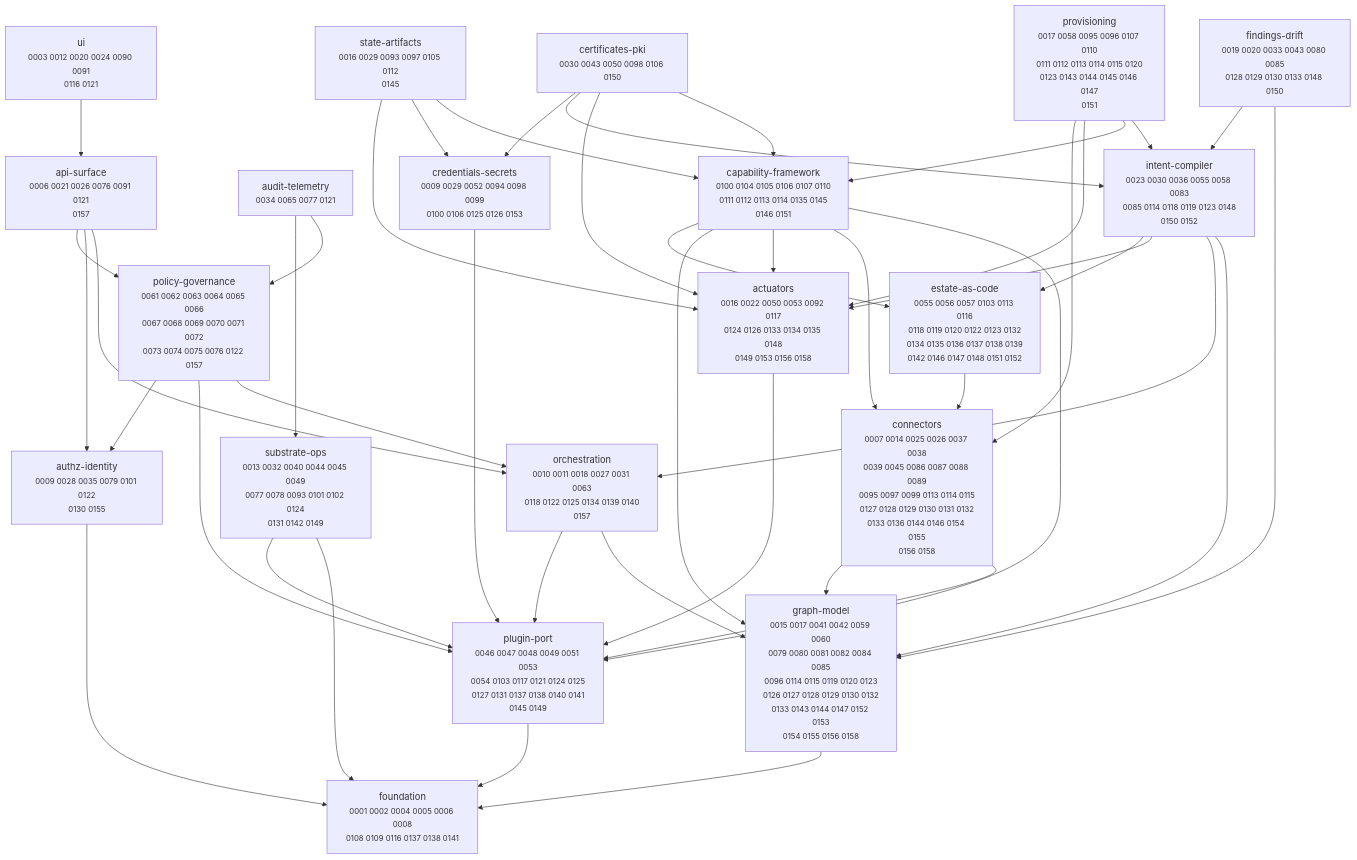
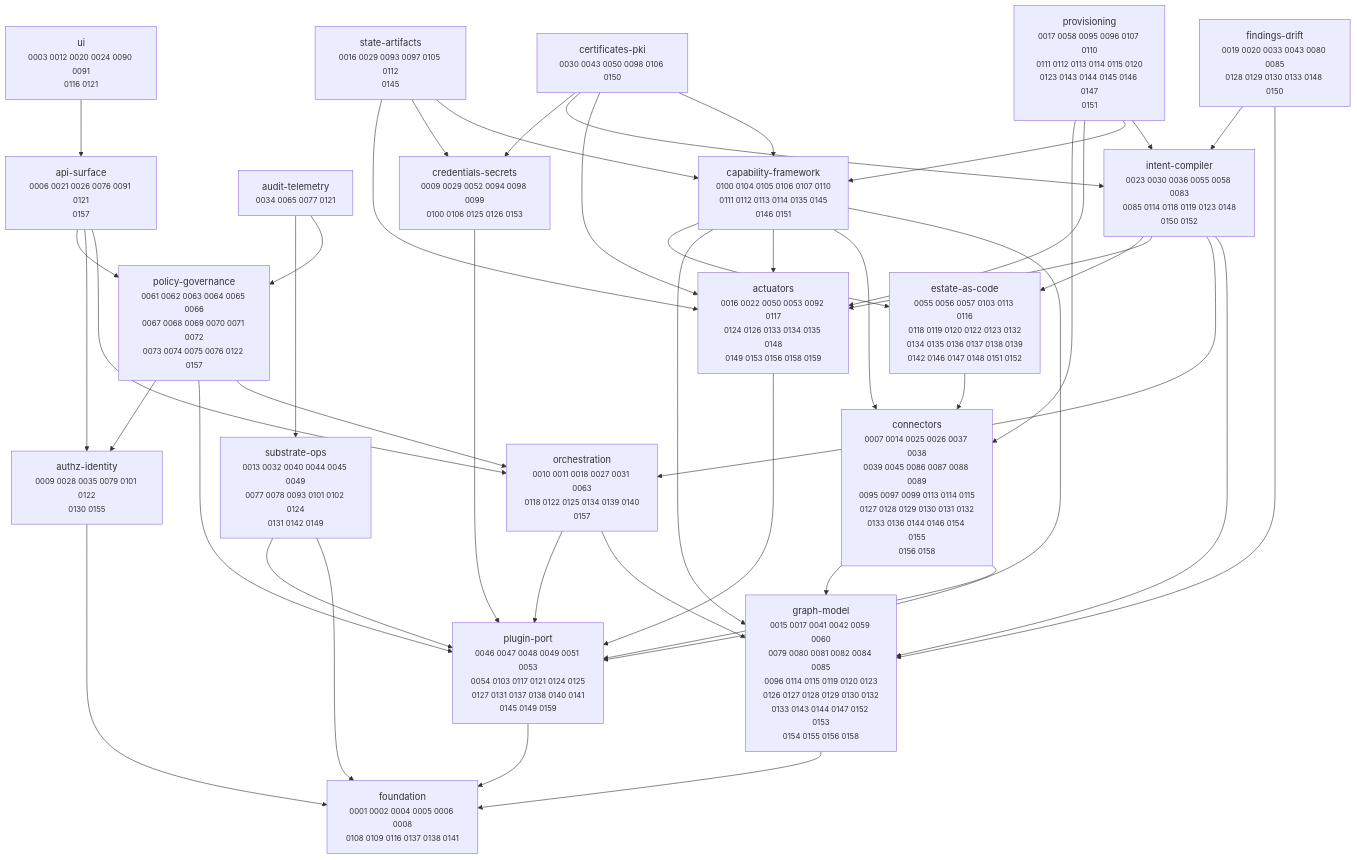
Before and after one commit to dstout-devops/stratt: the diagram in docs/adr/MAP.md, drawn with Mermaid. The commit also changed other lines of this file and 7 other files, not shown here.

````diff
--- a/docs/adr/MAP.md
+++ b/docs/adr/MAP.md
@@ -11,67 +11,67 @@
 ```mermaid
 graph TD
-  actuators["actuators<br/><small>0016 0022 0050 0053 0092 0117<br/>0124 0126 0133 0134 0135 0148<br/>0149 0153 0156 0158</small>"]
+  actuators["actuators<br/><small>0016 0022 0050 0053 0092 0117<br/>0124 0126 0133 0134 0135 0148<br/>0149 0153 0156 0158 0159</small>"]
   api_surface["api-surface<br/><small>0006 0021 0026 0076 0091 0121<br/>0157</small>"]
   audit_telemetry["audit-telemetry<br/><small>0034 0065 0077 0121</small>"]
   authz_identity["authz-identity<br/><small>0009 0028 0035 0079 0101 0122<br/>0130 0155</small>"]
   capability_framework["capability-framework<br/><small>0100 0104 0105 0106 0107 0110<br/>0111 0112 0113 0114 0135 0145<br/>0146 0151</small>"]
   certificates_pki["certificates-pki<br/><small>0030 0043 0050 0098 0106 0150</small>"]
   connectors["connectors<br/><small>0007 0014 0025 0026 0037 0038<br/>0039 0045 0086 0087 0088 0089<br/>0095 0097 0099 0113 0114 0115<br/>0127 0128 0129 0130 0131 0132<br/>0133 0136 0144 0146 0154 0155<br/>0156 0158</small>"]
   credentials_secrets["credentials-secrets<br/><small>0009 0029 0052 0094 0098 0099<br/>0100 0106 0125 0126 0153</small>"]
   estate_as_code["estate-as-code<br/><small>0055 0056 0057 0103 0113 0116<br/>0118 0119 0120 0122 0123 0132<br/>0134 0135 0136 0137 0138 0139<br/>0142 0146 0147 0148 0151 0152</small>"]
   findings_drift["findings-drift<br/><small>0019 0020 0033 0043 0080 0085<br/>0128 0129 0130 0133 0148 0150</small>"]
   foundation["foundation<br/><small>0001 0002 0004 0005 0006 0008<br/>0108 0109 0116 0137 0138 0141</small>"]
   graph_model["graph-model<br/><small>0015 0017 0041 0042 0059 0060<br/>0079 0080 0081 0082 0084 0085<br/>0096 0114 0115 0119 0120 0123<br/>0126 0127 0128 0129 0130 0132<br/>0133 0143 0144 0147 0152 0153<br/>0154 0155 0156 0158</small>"]
   intent_compiler["intent-compiler<br/><small>0023 0030 0036 0055 0058 0083<br/>0085 0114 0118 0119 0123 0148<br/>0150 0152</small>"]
   orchestration["orchestration<br/><small>0010 0011 0018 0027 0031 0063<br/>0118 0122 0125 0134 0139 0140<br/>0157</small>"]
-  plugin_port["plugin-port<br/><small>0046 0047 0048 0049 0051 0053<br/>0054 0103 0117 0121 0124 0125<br/>0127 0131 0137 0138 0140 0141<br/>0145 0149</small>"]
+  plugin_port["plugin-port<br/><small>0046 0047 0048 0049 0051 0053<br/>0054 0103 0117 0121 0124 0125<br/>0127 0131 0137 0138 0140 0141<br/>0145 0149 0159</small>"]
   policy_governance["policy-governance<br/><small>0061 0062 0063 0064 0065 0066<br/>0067 0068 0069 0070 0071 0072<br/>0073 0074 0075 0076 0122 0157</small>"]
   provisioning["provisioning<br/><small>0017 0058 0095 0096 0107 0110<br/>0111 0112 0113 0114 0115 0120<br/>0123 0143 0144 0145 0146 0147<br/>0151</small>"]
   state_artifacts["state-artifacts<br/><small>0016 0029 0093 0097 0105 0112<br/>0145</small>"]
   substrate_ops["substrate-ops<br/><small>0013 0032 0040 0044 0045 0049<br/>0077 0078 0093 0101 0102 0124<br/>0131 0142 0149</small>"]
   ui["ui<br/><small>0003 0012 0020 0024 0090 0091<br/>0116 0121</small>"]
 
   actuators --> plugin_port
   api_surface --> orchestration
   api_surface --> authz_identity
   api_surface --> policy_governance
   audit_telemetry --> policy_governance
   audit_telemetry --> substrate_ops
   authz_identity --> foundation
   capability_framework --> plugin_port
   capability_framework --> connectors
   capability_framework --> actuators
   capability_framework --> graph_model
   capability_framework --> estate_as_code
   certificates_pki --> capability_framework
   certificates_pki --> actuators
   certificates_pki --> intent_compiler
   certificates_pki --> credentials_secrets
   connectors --> plugin_port
   connectors --> graph_model
   credentials_secrets --> plugin_port
   estate_as_code --> connectors
   findings_drift --> graph_model
   findings_drift --> intent_compiler
   graph_model --> foundation
   intent_compiler --> graph_model
   intent_compiler --> orchestration
   intent_compiler --> actuators
   intent_compiler --> estate_as_code
   orchestration --> graph_model
   orchestration --> plugin_port
   plugin_port --> foundation
   policy_governance --> orchestration
   policy_governance --> plugin_port
   policy_governance --> authz_identity
   provisioning --> intent_compiler
   provisioning --> capability_framework
   provisioning --> actuators
   provisioning --> connectors
   state_artifacts --> capability_framework
   state_artifacts --> credentials_secrets
   state_artifacts --> actuators
   substrate_ops --> foundation
   substrate_ops --> plugin_port
   ui --> api_surface
 ```
````
